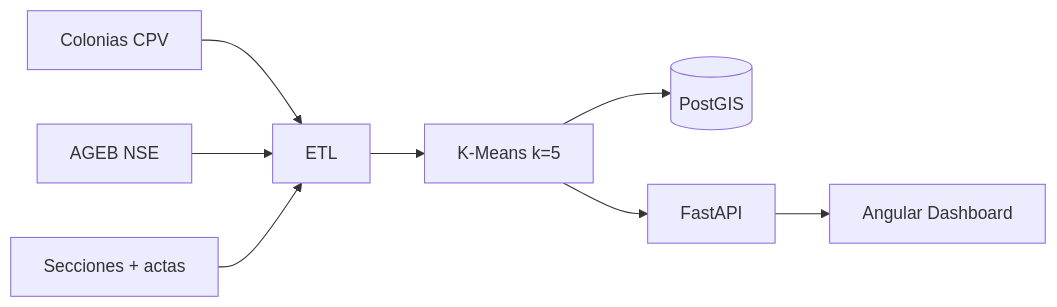
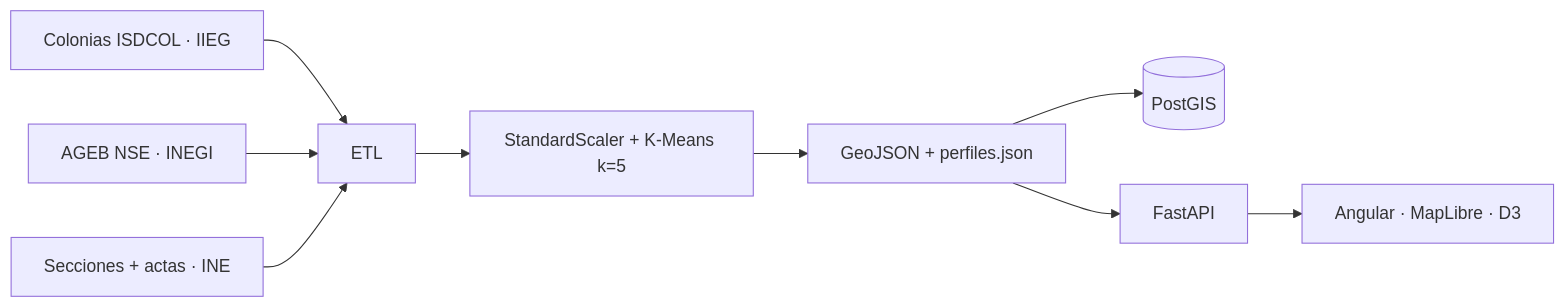
The diagram in README.md (Roberto-rgb-code/Perfiles-ciudadanos-de-participaci-n), drawn with Mermaid before and after one commit. The commit also changed other lines of this file and 17 other files, not shown here.

````diff
--- a/README.md
+++ b/README.md
@@ -72,10 +59,11 @@
 ```mermaid
 flowchart LR
-  COL[Colonias CPV] --> ETL
-  NSE[AGEB NSE] --> ETL
-  SEC[Secciones + actas] --> ETL
-  ETL --> KM[K-Means k=5]
-  KM --> PG[(PostGIS)]
-  KM --> API[FastAPI]
-  API --> UI[Angular Dashboard]
+  COL[Colonias ISDCOL · IIEG] --> ETL
+  NSE[AGEB NSE · INEGI] --> ETL
+  SEC[Secciones + actas · INE] --> ETL
+  ETL --> KM[StandardScaler + K-Means k=5]
+  KM --> ART[GeoJSON + perfiles.json]
+  ART --> PG[(PostGIS)]
+  ART --> API[FastAPI]
+  API --> UI[Angular · MapLibre · D3]
 ```
````
